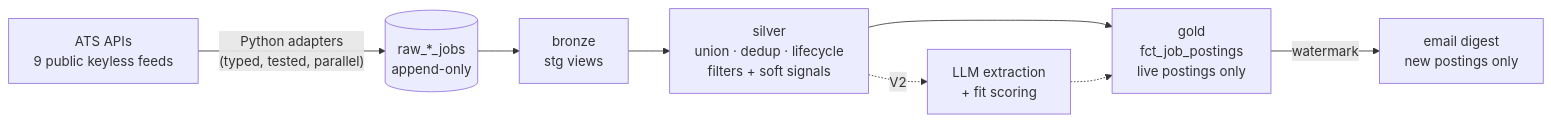
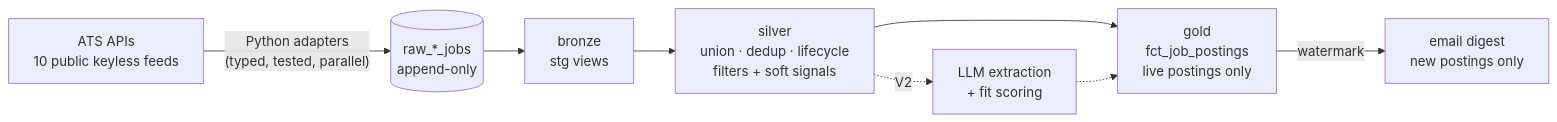
Before and after one commit to AMikhno/job-market-analytics: the diagram in README.md, drawn with Mermaid. The commit also changed other lines of this file and 22 other files, not shown here.

````diff
--- a/README.md
+++ b/README.md
@@ -9,10 +9,10 @@
 ```mermaid
 flowchart LR
-    A[ATS APIs<br/>9 public keyless feeds] -->|"Python adapters<br/>(typed, tested, parallel)"| B[(raw_*_jobs<br/>append-only)]
+    A[ATS APIs<br/>10 public keyless feeds] -->|"Python adapters<br/>(typed, tested, parallel)"| B[(raw_*_jobs<br/>append-only)]
     B --> C[bronze<br/>stg views]
     C --> D[silver<br/>union · dedup · lifecycle<br/>filters + soft signals]
     D --> E[gold<br/>fct_job_postings<br/>live postings only]
     E -->|watermark| F[email digest<br/>new postings only]
     D -.->|V2| G[LLM extraction<br/>+ fit scoring]
     G -.-> E
 ```
````
